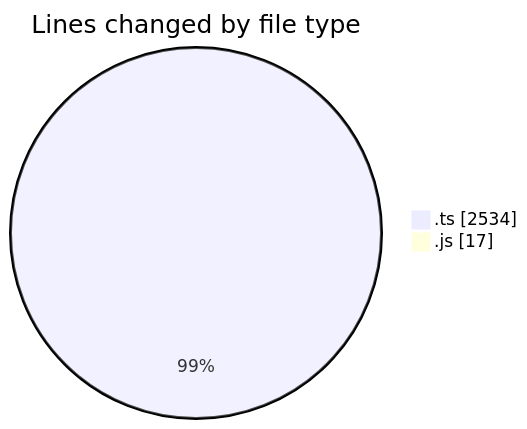
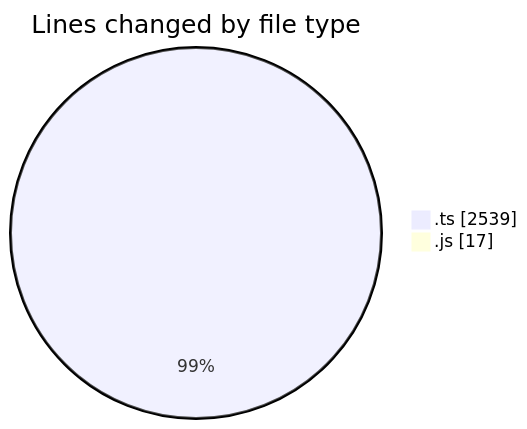
The first of 2 diagrams in 2026-02-07/singularitybrainai/README.md (tmsrecording-cyber/code-tracking), drawn with Mermaid before and after one commit. The commit also changed other lines of this file and 1 other file, not shown here.

````diff
--- a/2026-02-07/singularitybrainai/README.md
+++ b/2026-02-07/singularitybrainai/README.md
@@ -25,6 +25,6 @@
 ```mermaid
 pie showData
 title Lines changed by file type
-".ts" : 2534
+".ts" : 2539
 ".js" : 17
 ```
````
